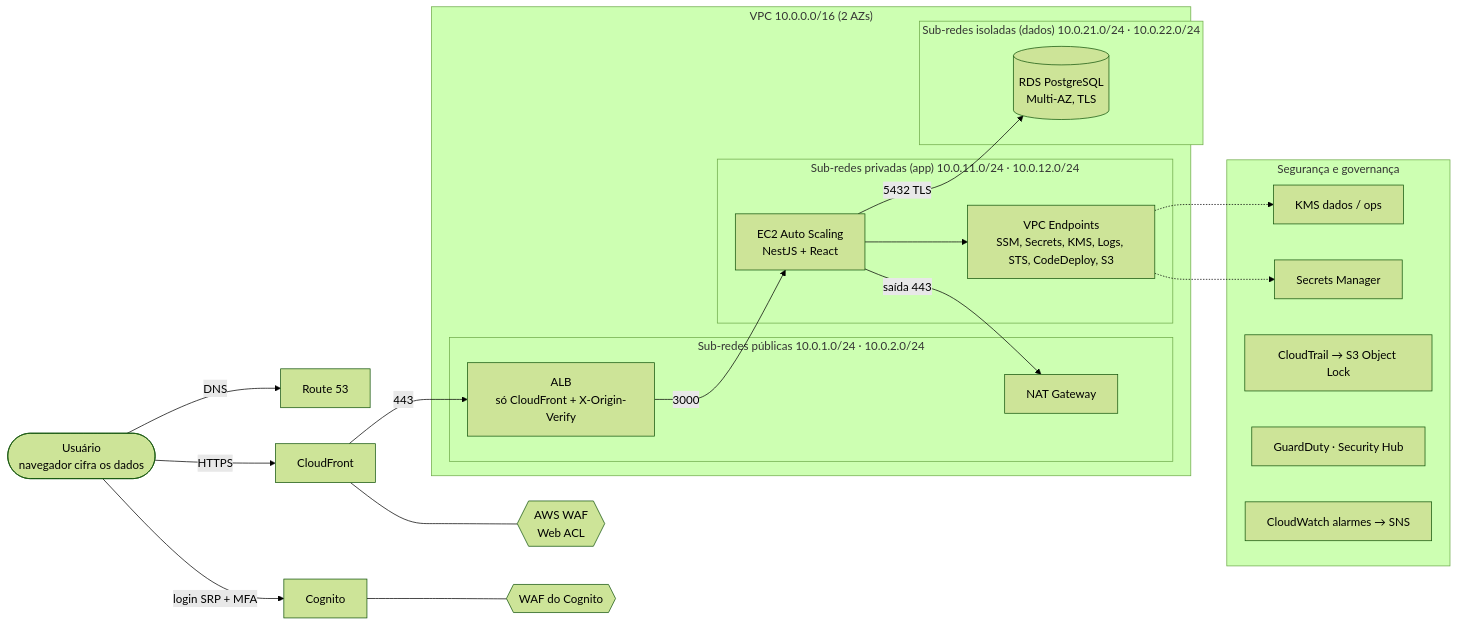
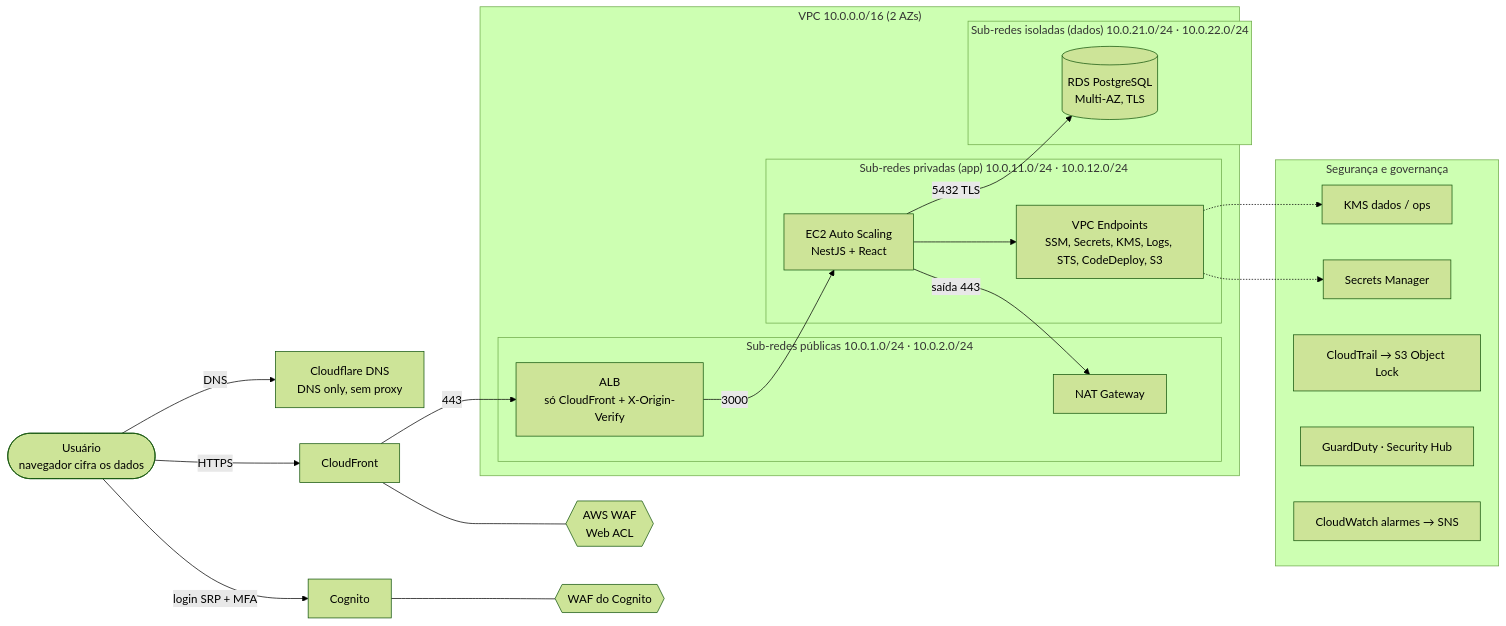
One commit to Yanclopes/cofre changed the first of 2 diagrams in docs/arquitetura.md. Above: the diagram before and after it, drawn with Mermaid (forest theme). The commit also changed other lines of this file and 8 other files, not shown here.

First line of the commit message:
docs: roteiro de publicação, restrições da conta e diagrama atualizado

````diff
--- a/docs/arquitetura.md
+++ b/docs/arquitetura.md
@@ -13,38 +21,38 @@
 ```mermaid
 flowchart LR
-    U([Usuário<br/>navegador cifra os dados]) -->|DNS| R53[Route 53]
+    U([Usuário<br/>navegador cifra os dados]) -->|DNS| CFL[Cloudflare DNS<br/>DNS only, sem proxy]
     U -->|HTTPS| CF[CloudFront]
     CF --- WAF{{AWS WAF<br/>Web ACL}}
     U -->|login SRP + MFA| COG[Cognito]
     COG --- WAFC{{WAF do Cognito}}
 
     subgraph VPC["VPC 10.0.0.0/16 (2 AZs)"]
         subgraph PUB["Sub-redes públicas 10.0.1.0/24 · 10.0.2.0/24"]
             ALB[ALB<br/>só CloudFront + X-Origin-Verify]
             NAT[NAT Gateway]
         end
         subgraph APP["Sub-redes privadas (app) 10.0.11.0/24 · 10.0.12.0/24"]
             EC2[EC2 Auto Scaling<br/>NestJS + React]
             VPCE[VPC Endpoints<br/>SSM, Secrets, KMS, Logs, STS, CodeDeploy, S3]
         end
         subgraph DATA["Sub-redes isoladas (dados) 10.0.21.0/24 · 10.0.22.0/24"]
             RDS[(RDS PostgreSQL<br/>Multi-AZ, TLS)]
         end
     end
 
     CF -->|443| ALB
     ALB -->|3000| EC2
     EC2 -->|5432 TLS| RDS
     EC2 --> VPCE
     EC2 -->|saída 443| NAT
 
     subgraph GOV["Segurança e governança"]
         KMS[KMS dados / ops]
         SM[Secrets Manager]
         CT[CloudTrail → S3 Object Lock]
         GD[GuardDuty · Security Hub]
         CW[CloudWatch alarmes → SNS]
     end
     VPCE -.-> SM
     VPCE -.-> KMS
 ```
````
